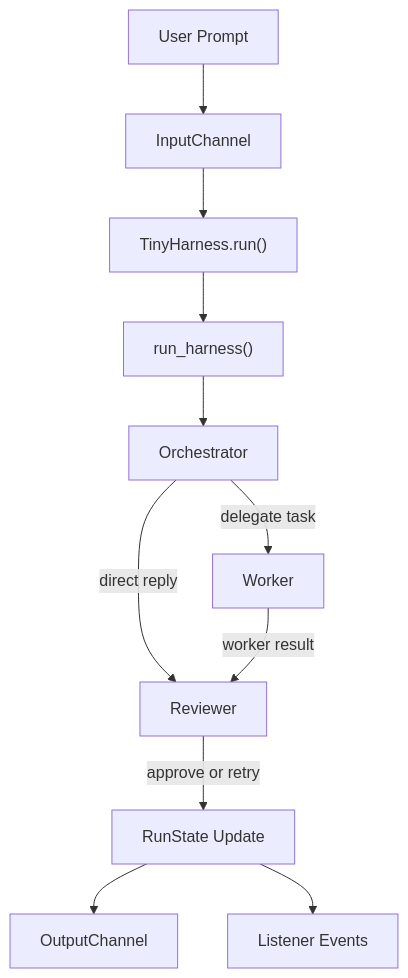
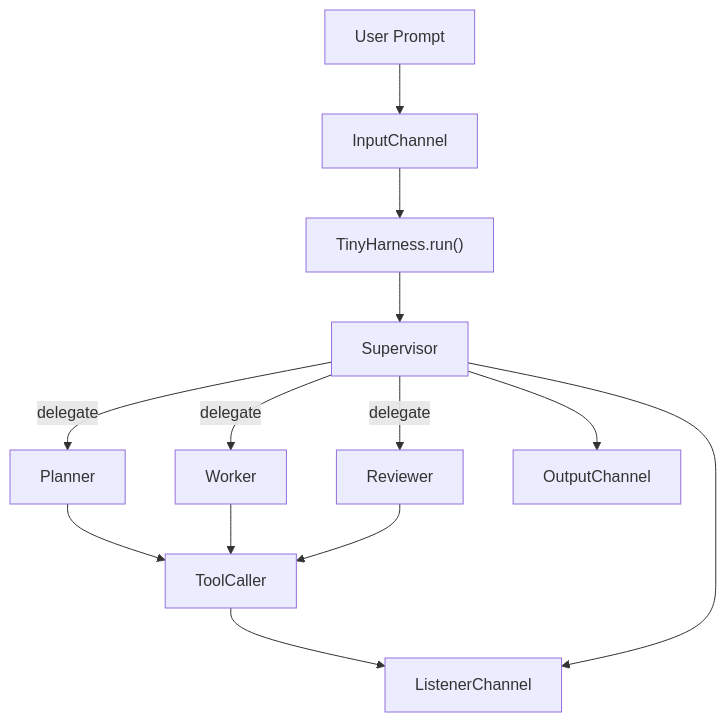
The diagram in README.md (junyeong-nero/tiny-agent-harness), drawn with Mermaid before and after one commit. The commit also changed other lines of this file, not shown here.

Commit message:
[docs] Rewrite README for supervisor pipeline

````diff
--- a/README.md
+++ b/README.md
@@ -58,13 +104,15 @@
 ```mermaid
 graph TD
     U["User Prompt"] --> IC["InputChannel"]
     IC --> TH["TinyHarness.run()"]
-    TH --> RH["run_harness()"]
-    RH --> O["Orchestrator"]
-    O -->|delegate task| E["Worker"]
-    O -->|direct reply| R["Reviewer"]
-    E -->|worker result| R["Reviewer"]
-    R -->|approve or retry| S["RunState Update"]
-    S --> OC["OutputChannel"]
-    S --> LC["Listener Events"]
+    TH --> SR["Supervisor"]
+    SR -->|delegate| PL["Planner"]
+    SR -->|delegate| WK["Worker"]
+    SR -->|delegate| RV["Reviewer"]
+    PL --> TC["ToolCaller"]
+    WK --> TC
+    RV --> TC
+    TC --> LC["ListenerChannel"]
+    SR --> LC
+    SR --> OC["OutputChannel"]
 ```
````
